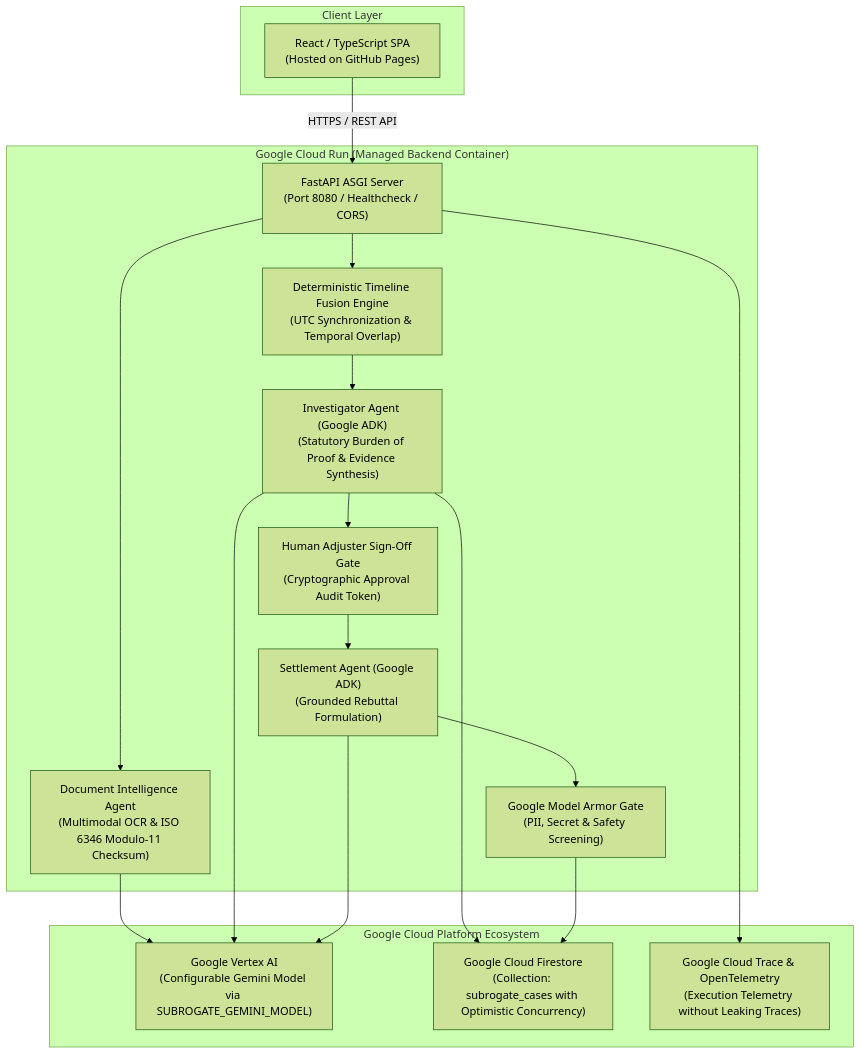
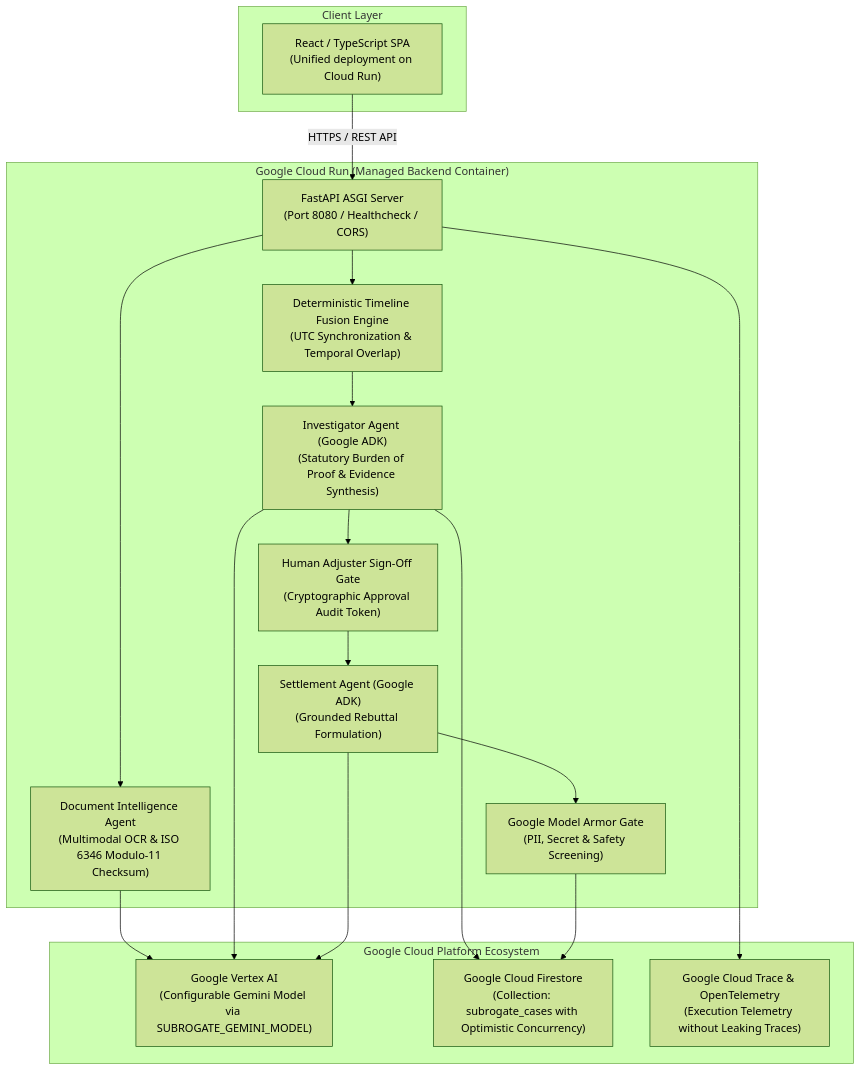
Before and after one commit to malicodes2/SubroGate: the second of 2 diagrams in README.md, drawn with Mermaid (forest theme). The commit also changed other lines of this file, not shown here.

Commit message:
docs: add live demo, health endpoints, and update deployment instructions

````diff
--- a/README.md
+++ b/README.md
@@ -63,36 +70,36 @@
 ```mermaid
 flowchart TD
     subgraph ClientLayer ["Client Layer"]
-        A["React / TypeScript SPA\n(Hosted on GitHub Pages)"]
+        A["React / TypeScript SPA\n(Unified deployment on Cloud Run)"]
     end
 
     subgraph BackendCloudRun ["Google Cloud Run (Managed Backend Container)"]
         B["FastAPI ASGI Server\n(Port 8080 / Healthcheck / CORS)"]
         C["Deterministic Timeline Fusion Engine\n(UTC Synchronization & Temporal Overlap)"]
         D["Document Intelligence Agent\n(Multimodal OCR & ISO 6346 Modulo-11 Checksum)"]
         E["Investigator Agent (Google ADK)\n(Statutory Burden of Proof & Evidence Synthesis)"]
         F["Human Adjuster Sign-Off Gate\n(Cryptographic Approval Audit Token)"]
         G["Settlement Agent (Google ADK)\n(Grounded Rebuttal Formulation)"]
         H["Google Model Armor Gate\n(PII, Secret & Safety Screening)"]
     end
 
     subgraph GoogleCloudPlatform ["Google Cloud Platform Ecosystem"]
         I["Google Vertex AI\n(Configurable Gemini Model via SUBROGATE_GEMINI_MODEL)"]
         J["Google Cloud Firestore\n(Collection: subrogate_cases with Optimistic Concurrency)"]
         K["Google Cloud Trace & OpenTelemetry\n(Execution Telemetry without Leaking Traces)"]
     end
 
     A -->|HTTPS / REST API| B
     B --> C
     B --> D
     D --> I
     C --> E
     E --> I
     E --> J
     E --> F
     F --> G
     G --> I
     G --> H
     H --> J
     B --> K
 ```
````
